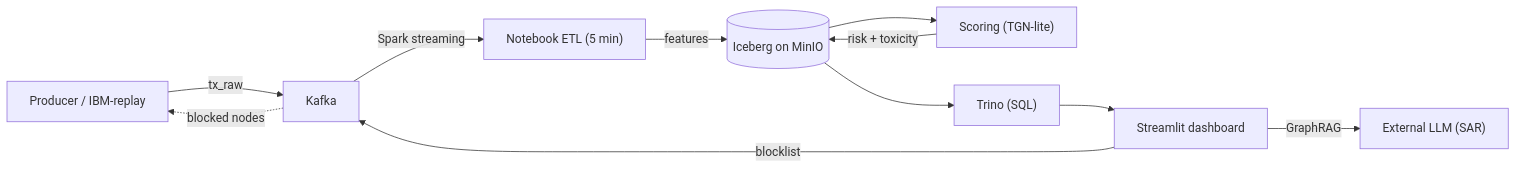
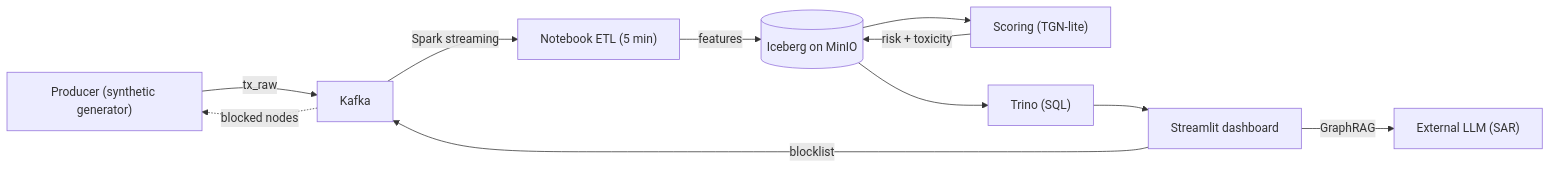
One commit to ne-kit-28/ai_driven_aml changed the diagram in README.md. Above: the diagram before and after it, drawn with Mermaid. The commit also changed other lines of this file and 6 other files, not shown here.

Commit message:
feat: remove IBM replay path; synthetic generator is the only source

````diff
--- a/README.md
+++ b/README.md
@@ -27,13 +27,13 @@
 ```mermaid
 flowchart LR
-  P["Producer / IBM-replay"] -->|tx_raw| K["Kafka"]
+  P["Producer (synthetic generator)"] -->|tx_raw| K["Kafka"]
   K -->|Spark streaming| ETL["Notebook ETL (5 min)"]
   ETL -->|features| ICE[("Iceberg on MinIO")]
   ICE --> SC["Scoring (TGN-lite)"]
   SC -->|risk + toxicity| ICE
   ICE --> TR["Trino (SQL)"]
   TR --> DASH["Streamlit dashboard"]
   DASH -->|GraphRAG| LLM["External LLM (SAR)"]
   DASH -->|blocklist| K
   K -.->|blocked nodes| P
 ```
````
